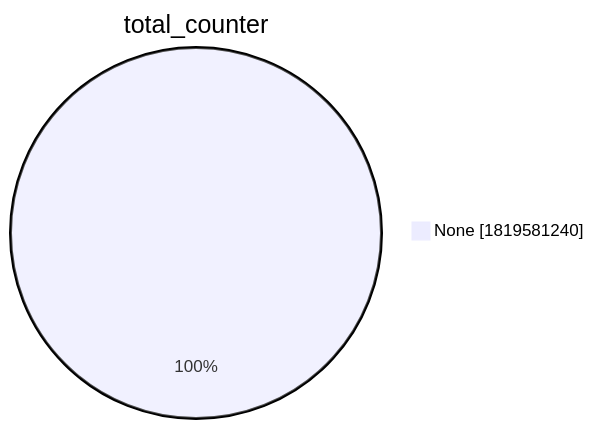
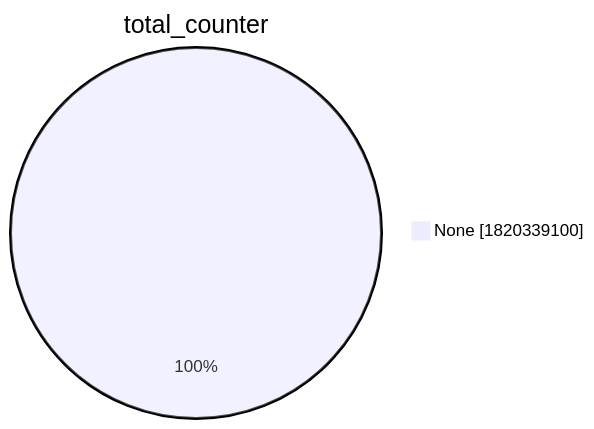
The second of 15 diagrams in xenon2022/README.md (christiankrug/ctmonitor_visualization), drawn with Mermaid before and after one commit. The commit also changed other lines of this file, not shown here.

````diff
--- a/xenon2022/README.md
+++ b/xenon2022/README.md
@@ -9,5 +9,5 @@
 ```mermaid
 pie showData
 title total_counter
-"None" :1819581240
+"None" :1820339100
 ```
````
